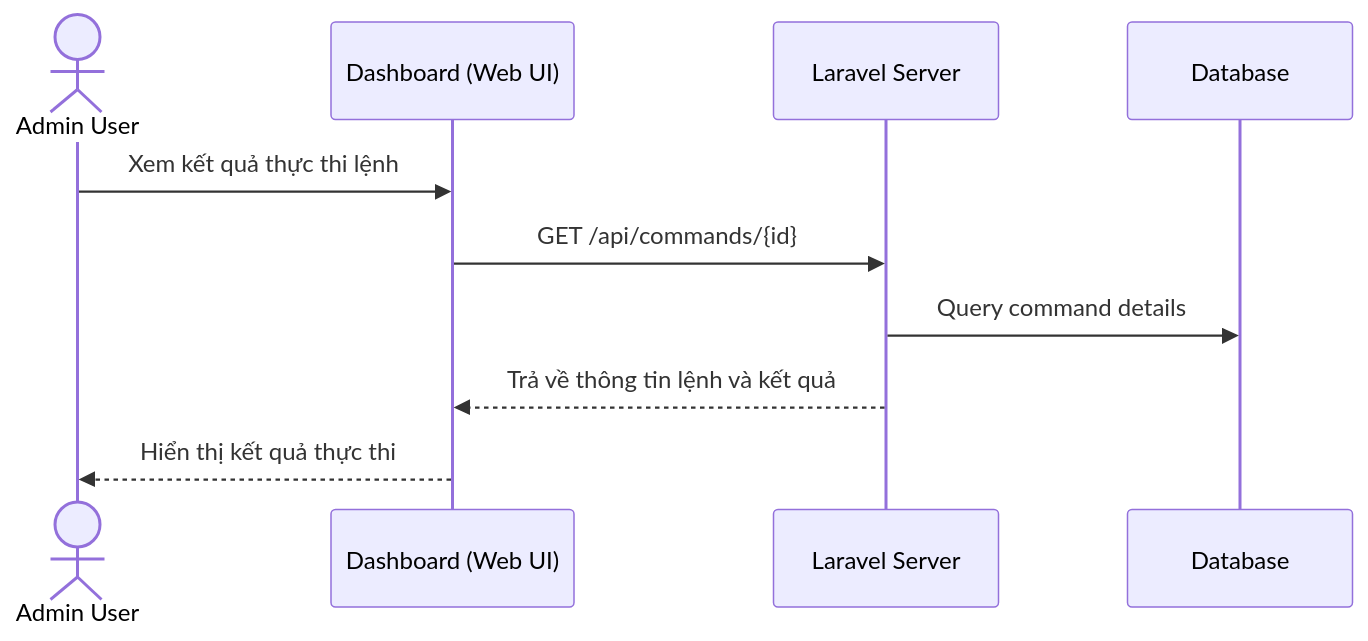
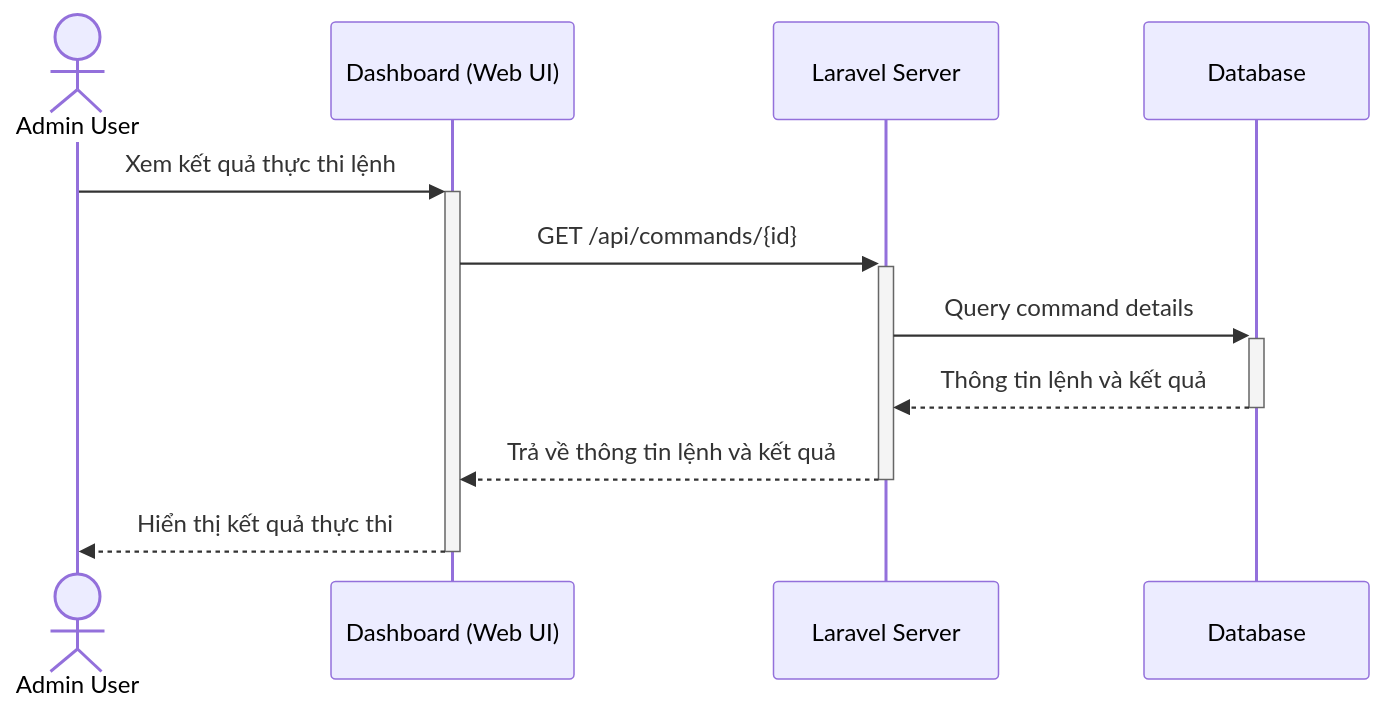
The fifth of 5 diagrams in README.md (yamada5131/unilab), drawn with Mermaid before and after one commit. The commit also changed other lines of this file, not shown here.

Commit message:
feat: 🎸 Update sequence diagrams in README for improved clarity on Agent setup, registration, heartbeat mechanism, command execution, and result retrieval

````diff
--- a/README.md
+++ b/README.md
@@ -306,13 +330,14 @@
 ```mermaid
 sequenceDiagram
     actor U as Admin User
     participant D as Dashboard (Web UI)
     participant S as Laravel Server
     participant DB as Database
 
-    U->>D: Xem kết quả thực thi lệnh
-    D->>S: GET /api/commands/{id}
-    S->>DB: Query command details
-    S-->>D: Trả về thông tin lệnh và kết quả
-    D-->>U: Hiển thị kết quả thực thi
+    U->>+D: Xem kết quả thực thi lệnh
+    D->>+S: GET /api/commands/{id}
+    S->>+DB: Query command details
+    DB-->>-S: Thông tin lệnh và kết quả
+    S-->>-D: Trả về thông tin lệnh và kết quả
+    D-->>-U: Hiển thị kết quả thực thi
 ```
````
